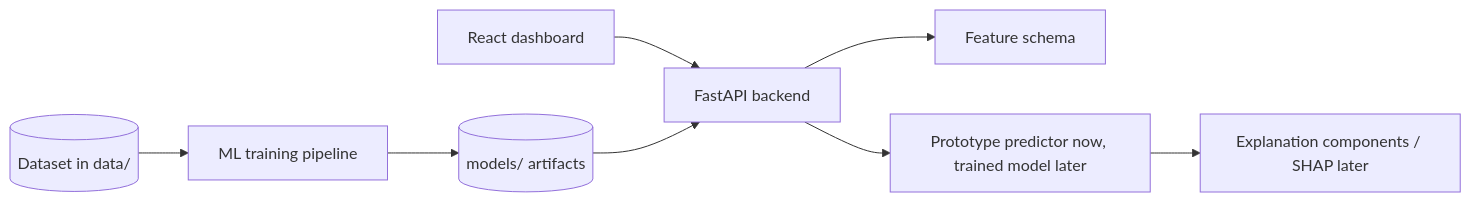
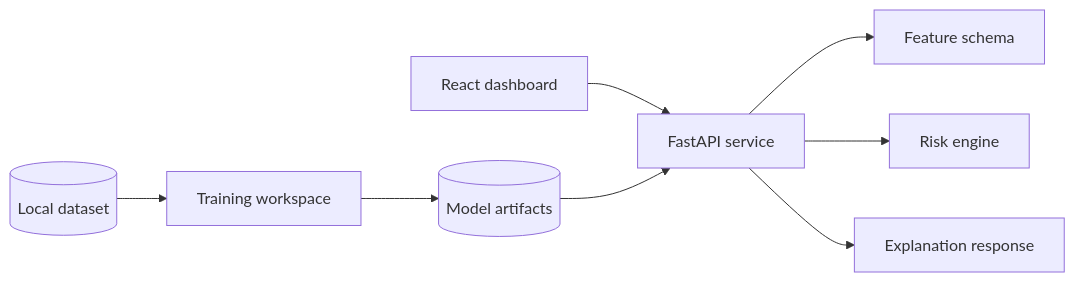
Before and after one commit to sundram-yadav/HRIDAYA.AI: the diagram in README.md, drawn with Mermaid. The commit also changed other lines of this file and 11 other files, not shown here.

````diff
--- a/README.md
+++ b/README.md
@@ -161,10 +167,10 @@
 ```mermaid
 flowchart LR
-  UI[React dashboard] --> API[FastAPI backend]
+  UI[React dashboard] --> API[FastAPI service]
   API --> Schema[Feature schema]
-  API --> Predictor[Prototype predictor now, trained model later]
-  Predictor --> Explain[Explanation components / SHAP later]
-  Dataset[(Dataset in data/)] --> ML[ML training pipeline]
-  ML --> Models[(models/ artifacts)]
-  Models --> API
+  API --> Risk[Risk engine]
+  API --> Explain[Explanation response]
+  Dataset[(Local dataset)] --> ML[Training workspace]
+  ML --> Artifacts[(Model artifacts)]
+  Artifacts --> API
 ```
````
